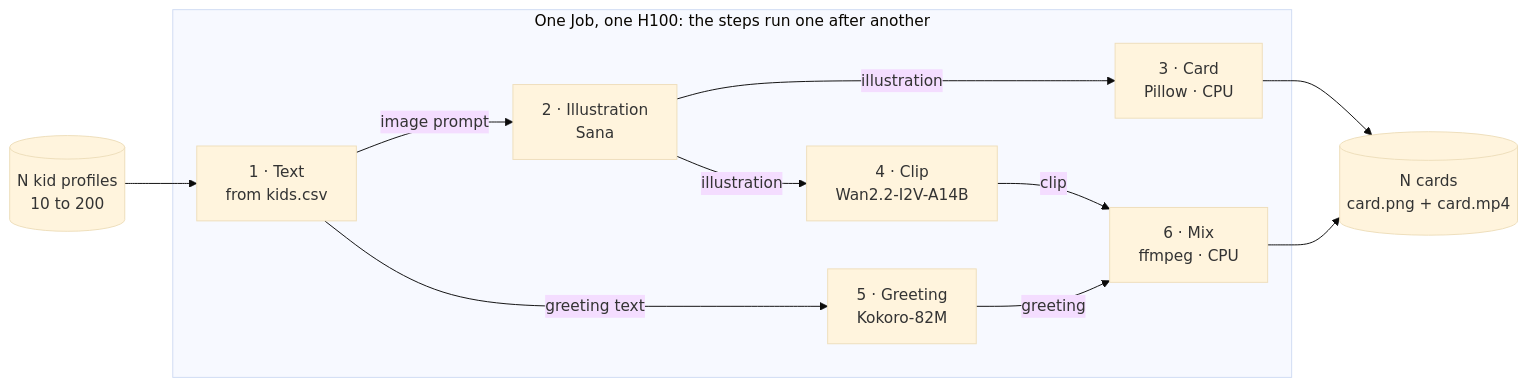
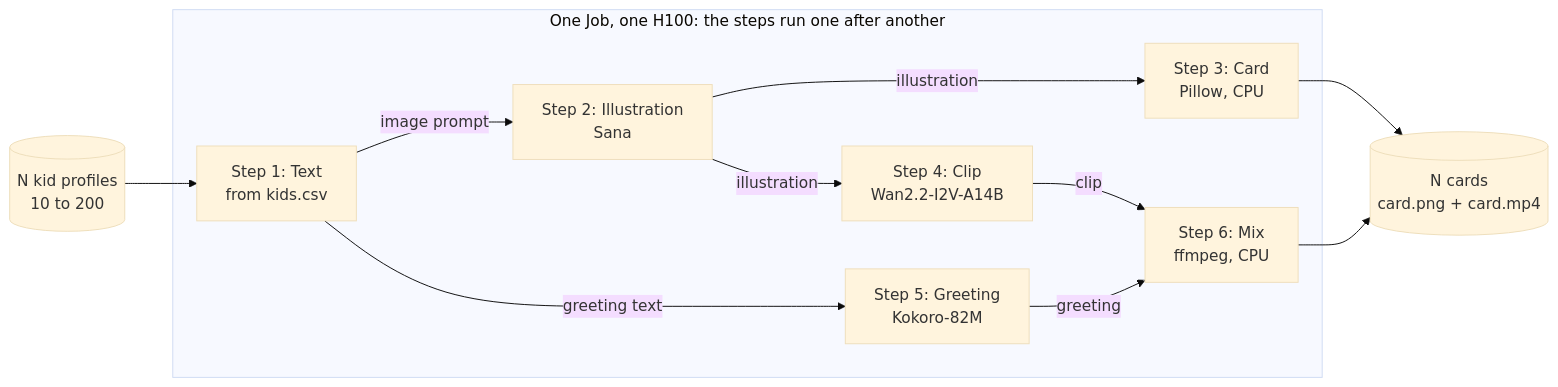
One commit to DataTalksClub/production-ai-agents-for-media-generation changed the third of 4 diagrams in 01-consistent-media-generation-on-serverless-gpus/04-serving-vs-batch.md. Above: the diagram before and after it, drawn with Mermaid (base theme). The commit also changed other lines of this file and 1 other file, not shown here.

````diff
--- a/01-consistent-media-generation-on-serverless-gpus/04-serving-vs-batch.md
+++ b/01-consistent-media-generation-on-serverless-gpus/04-serving-vs-batch.md
@@ -192,20 +183,20 @@
 ```mermaid
 flowchart LR
     rec[("N kid profiles<br/>10 to 200")] --> txt
     subgraph job["One Job, one H100: the steps run one after another"]
-        txt["1 · Text<br/>from kids.csv"]
-        img["2 · Illustration<br/>Sana"]
-        crd["3 · Card<br/>Pillow · CPU"]
-        vid["4 · Clip<br/>Wan2.2-I2V-A14B"]
-        spk["5 · Greeting<br/>Kokoro-82M"]
-        mix["6 · Mix<br/>ffmpeg · CPU"]
+        txt["Step 1: Text<br/>from kids.csv"]
+        img["Step 2: Illustration<br/>Sana"]
+        crd["Step 3: Card<br/>Pillow, CPU"]
+        vid["Step 4: Clip<br/>Wan2.2-I2V-A14B"]
+        spk["Step 5: Greeting<br/>Kokoro-82M"]
+        mix["Step 6: Mix<br/>ffmpeg, CPU"]
         txt -- "image prompt" --> img
         img -- "illustration" --> crd
         img -- "illustration" --> vid
         txt -- "greeting text" --> spk
         vid -- "clip" --> mix
         spk -- "greeting" --> mix
     end
     crd --> out[("N cards<br/>card.png + card.mp4")]
     mix --> out
 ```
````
